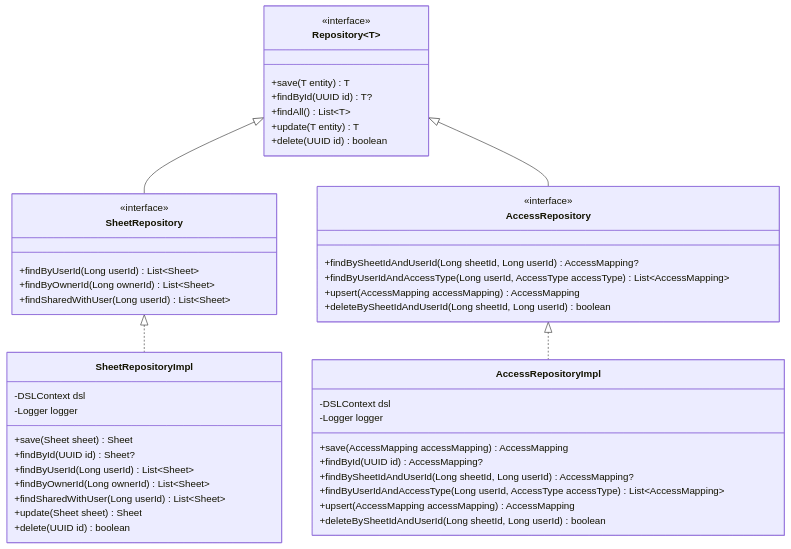
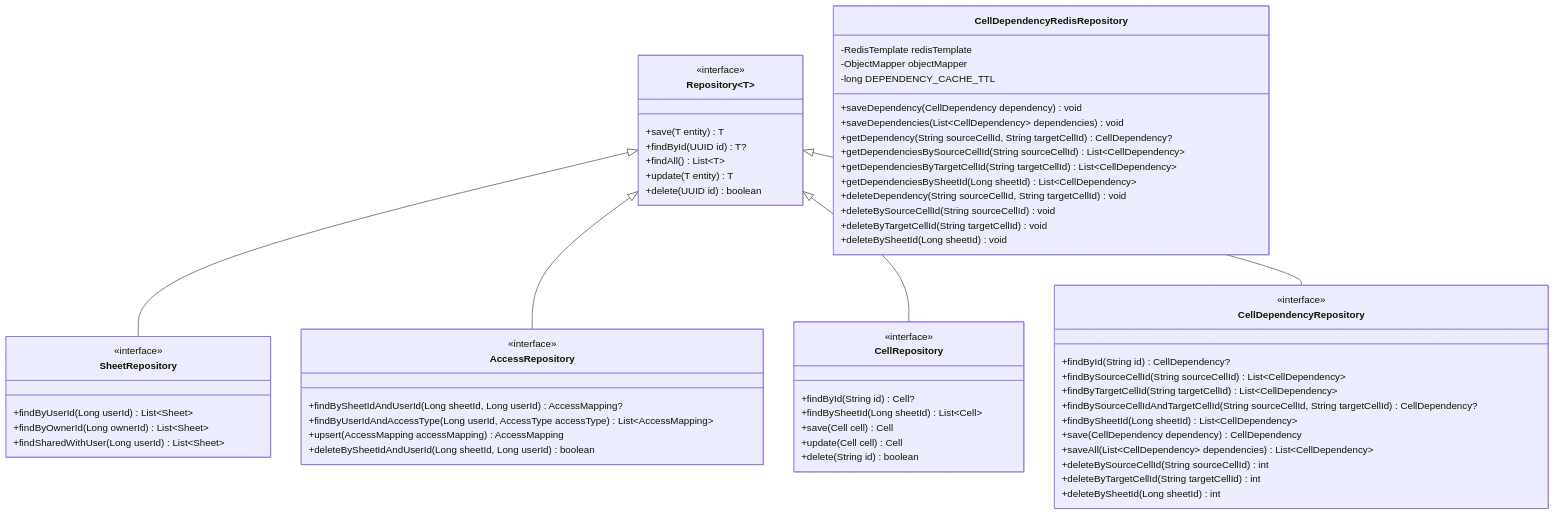
Before and after one commit to rajat9garg/sheets: the fourth of 8 diagrams in memory-bank/systemPatterns.md, drawn with Mermaid. The commit also changed other lines of this file and 13 other files, not shown here.

````diff
--- a/memory-bank/systemPatterns.md
+++ b/memory-bank/systemPatterns.md
@@ -153,54 +207,70 @@
 ```mermaid
 classDiagram
     class Repository~T~ {
         <<interface>>
         +save(T entity) T
         +findById(UUID id) T?
         +findAll() List~T~
         +update(T entity) T
         +delete(UUID id) boolean
     }
     
     class SheetRepository {
         <<interface>>
         +findByUserId(Long userId) List~Sheet~
         +findByOwnerId(Long ownerId) List~Sheet~
         +findSharedWithUser(Long userId) List~Sheet~
     }
     
     class AccessRepository {
         <<interface>>
         +findBySheetIdAndUserId(Long sheetId, Long userId) AccessMapping?
         +findByUserIdAndAccessType(Long userId, AccessType accessType) List~AccessMapping~
         +upsert(AccessMapping accessMapping) AccessMapping
         +deleteBySheetIdAndUserId(Long sheetId, Long userId) boolean
     }
     
-    class SheetRepositoryImpl {
-        -DSLContext dsl
-        -Logger logger
-        +save(Sheet sheet) Sheet
-        +findById(UUID id) Sheet?
-        +findByUserId(Long userId) List~Sheet~
-        +findByOwnerId(Long ownerId) List~Sheet~
-        +findSharedWithUser(Long userId) List~Sheet~
-        +update(Sheet sheet) Sheet
-        +delete(UUID id) boolean
+    class CellRepository {
+        <<interface>>
+        +findById(String id) Cell?
+        +findBySheetId(Long sheetId) List~Cell~
+        +save(Cell cell) Cell
+        +update(Cell cell) Cell
+        +delete(String id) boolean
     }
     
-    class AccessRepositoryImpl {
-        -DSLContext dsl
-        -Logger logger
-        +save(AccessMapping accessMapping) AccessMapping
-        +findById(UUID id) AccessMapping?
-        +findBySheetIdAndUserId(Long sheetId, Long userId) AccessMapping?
-        +findByUserIdAndAccessType(Long userId, AccessType accessType) List~AccessMapping~
-        +upsert(AccessMapping accessMapping) AccessMapping
-        +deleteBySheetIdAndUserId(Long sheetId, Long userId) boolean
+    class CellDependencyRepository {
+        <<interface>>
+        +findById(String id) CellDependency?
+        +findBySourceCellId(String sourceCellId) List~CellDependency~
+        +findByTargetCellId(String targetCellId) List~CellDependency~
+        +findBySourceCellIdAndTargetCellId(String sourceCellId, String targetCellId) CellDependency?
+        +findBySheetId(Long sheetId) List~CellDependency~
+        +save(CellDependency dependency) CellDependency
+        +saveAll(List~CellDependency~ dependencies) List~CellDependency~
+        +deleteBySourceCellId(String sourceCellId) int
+        +deleteByTargetCellId(String targetCellId) int
+        +deleteBySheetId(Long sheetId) int
+    }
+    
+    class CellDependencyRedisRepository {
+        -RedisTemplate redisTemplate
+        -ObjectMapper objectMapper
+        -long DEPENDENCY_CACHE_TTL
+        +saveDependency(CellDependency dependency) void
+        +saveDependencies(List~CellDependency~ dependencies) void
+        +getDependency(String sourceCellId, String targetCellId) CellDependency?
+        +getDependenciesBySourceCellId(String sourceCellId) List~CellDependency~
+        +getDependenciesByTargetCellId(String targetCellId) List~CellDependency~
+        +getDependenciesBySheetId(Long sheetId) List~CellDependency~
+        +deleteDependency(String sourceCellId, String targetCellId) void
+        +deleteBySourceCellId(String sourceCellId) void
+        +deleteByTargetCellId(String targetCellId) void
+        +deleteBySheetId(Long sheetId) void
     }
     
     Repository <|-- SheetRepository
     Repository <|-- AccessRepository
-    SheetRepository <|.. SheetRepositoryImpl
-    AccessRepository <|.. AccessRepositoryImpl
+    Repository <|-- CellRepository
+    Repository <|-- CellDependencyRepository
 ```
````
